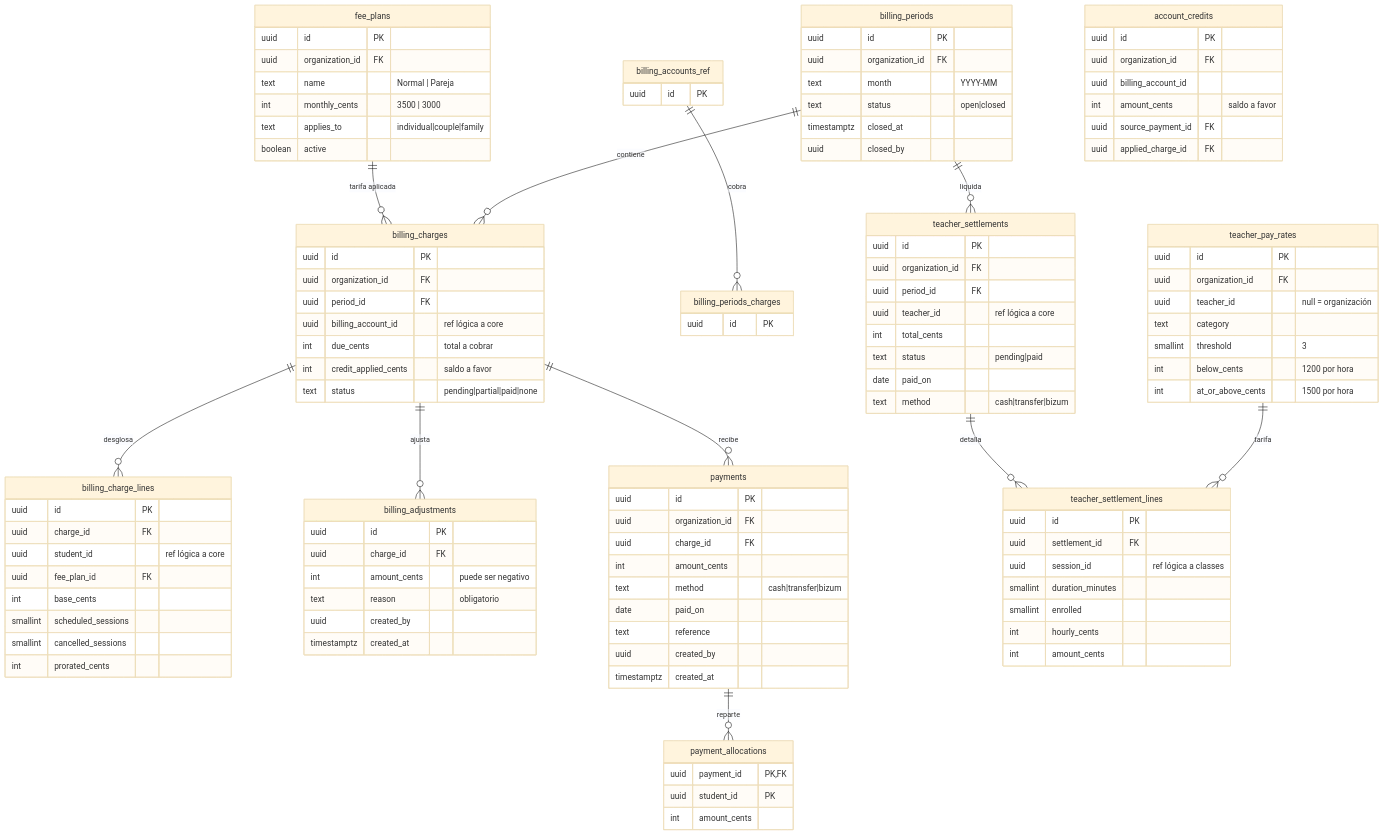
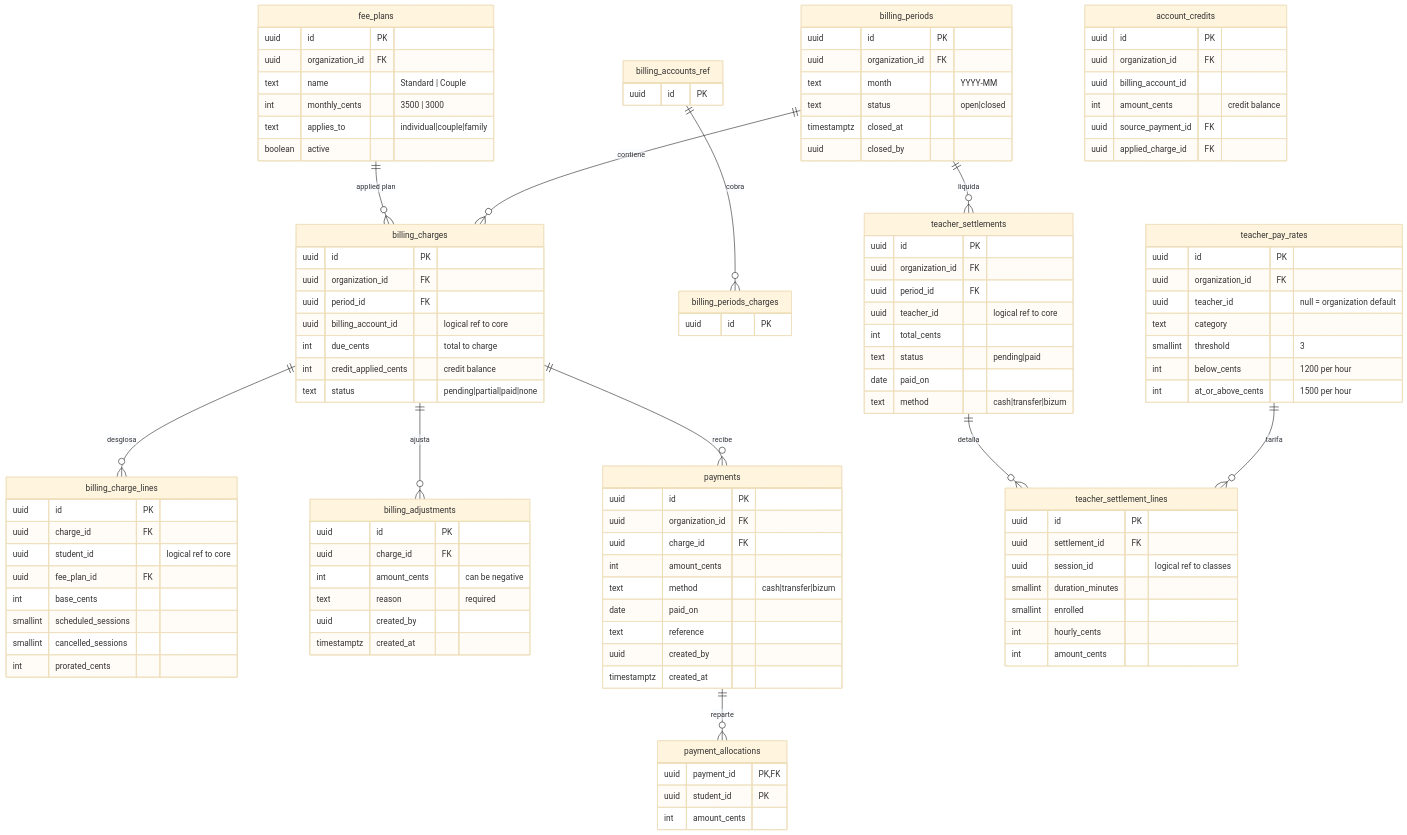
The fourth of 6 diagrams in docs/DATABASE.md (paf106/aprende-padel-academy-manager-web), drawn with Mermaid (base theme) before and after one commit. The commit also changed other lines of this file and 221 other files, not shown here.

````diff
--- a/docs/DATABASE.md
+++ b/docs/DATABASE.md
@@ -251,6 +251,6 @@
 ```mermaid
 erDiagram
-    fee_plans ||--o{ billing_charges : "tarifa aplicada"
+    fee_plans ||--o{ billing_charges : "applied plan"
     billing_accounts_ref ||--o{ billing_periods_charges : cobra
     billing_periods ||--o{ billing_charges : contiene
     billing_charges ||--o{ billing_charge_lines : desglosa
@@ -264,7 +264,7 @@
     fee_plans {
         uuid id PK
         uuid organization_id FK
-        text name "Normal | Pareja"
+        text name "Standard | Couple"
         int monthly_cents "3500 | 3000"
         text applies_to "individual|couple|family"
         boolean active
@@ -281,15 +281,15 @@
         uuid id PK
         uuid organization_id FK
         uuid period_id FK
-        uuid billing_account_id "ref lógica a core"
-        int due_cents "total a cobrar"
-        int credit_applied_cents "saldo a favor"
+        uuid billing_account_id "logical ref to core"
+        int due_cents "total to charge"
+        int credit_applied_cents "credit balance"
         text status "pending|partial|paid|none"
     }
     billing_charge_lines {
         uuid id PK
         uuid charge_id FK
-        uuid student_id "ref lógica a core"
+        uuid student_id "logical ref to core"
         uuid fee_plan_id FK
         int base_cents
         smallint scheduled_sessions
@@ -299,8 +299,8 @@
     billing_adjustments {
         uuid id PK
         uuid charge_id FK
-        int amount_cents "puede ser negativo"
-        text reason "obligatorio"
+        int amount_cents "can be negative"
+        text reason "required"
         uuid created_by
         timestamptz created_at
     }
@@ -324,24 +324,24 @@
         uuid id PK
         uuid organization_id FK
         uuid billing_account_id
-        int amount_cents "saldo a favor"
+        int amount_cents "credit balance"
         uuid source_payment_id FK
         uuid applied_charge_id FK
     }
     teacher_pay_rates {
         uuid id PK
         uuid organization_id FK
-        uuid teacher_id "null = organización"
+        uuid teacher_id "null = organization default"
         text category
         smallint threshold "3"
-        int below_cents "1200 por hora"
-        int at_or_above_cents "1500 por hora"
+        int below_cents "1200 per hour"
+        int at_or_above_cents "1500 per hour"
     }
     teacher_settlements {
         uuid id PK
         uuid organization_id FK
         uuid period_id FK
-        uuid teacher_id "ref lógica a core"
+        uuid teacher_id "logical ref to core"
         int total_cents
         text status "pending|paid"
         date paid_on
@@ -350,7 +350,7 @@
     teacher_settlement_lines {
         uuid id PK
         uuid settlement_id FK
-        uuid session_id "ref lógica a classes"
+        uuid session_id "logical ref to classes"
         smallint duration_minutes
         smallint enrolled
         int hourly_cents
````
